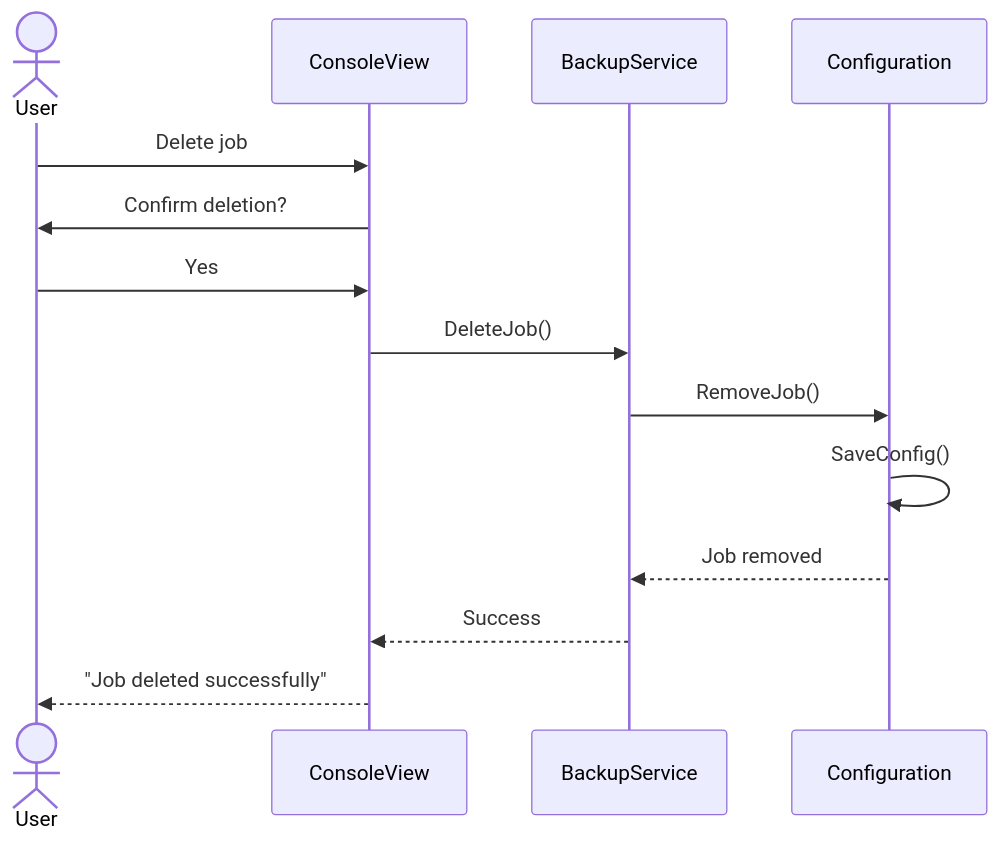
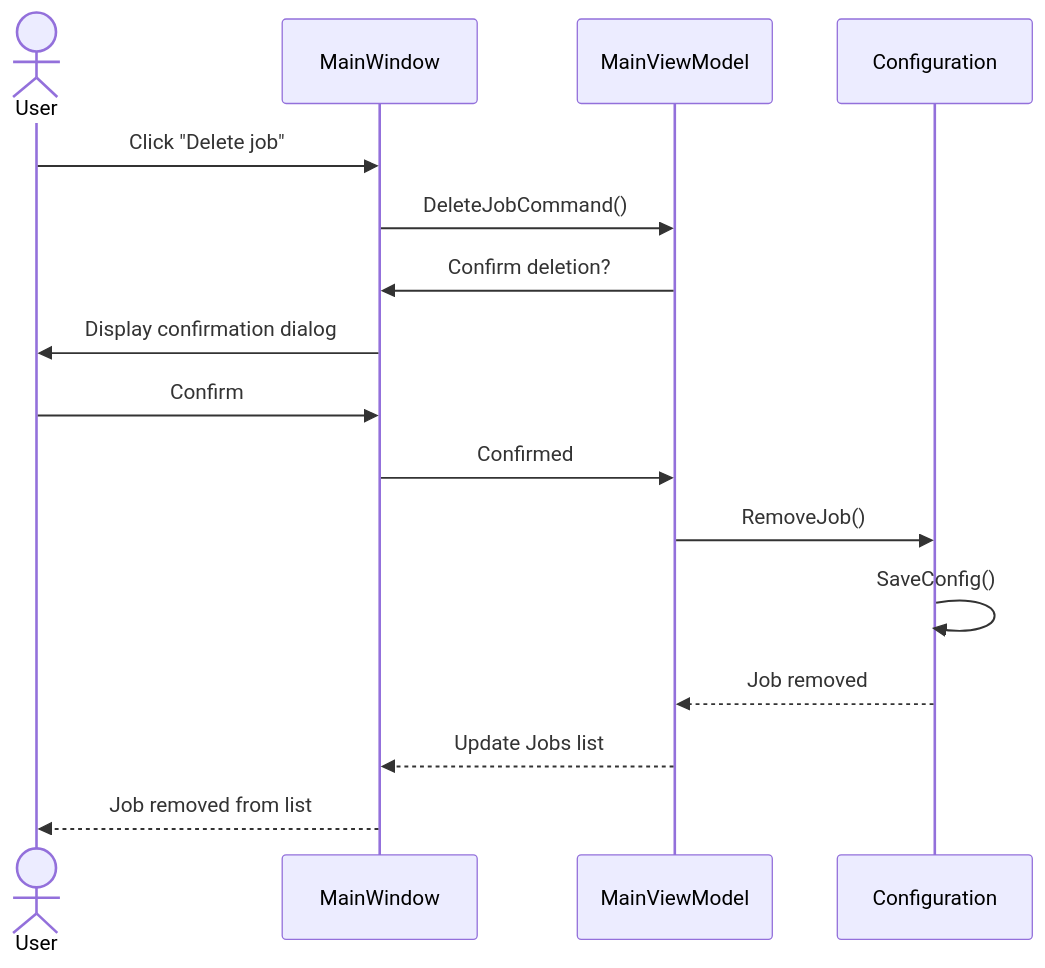
Before and after one commit to Groupe1-Prosoft/EasySave: the fifth of 8 diagrams in Diagrams/UML.md, drawn with Mermaid. The commit also changed other lines of this file, not shown here.

First line of the commit message:
Revise UML diagrams for EasySave 2.0

````diff
--- a/Diagrams/UML.md
+++ b/Diagrams/UML.md
@@ -262,19 +311,22 @@
 ```mermaid
    sequenceDiagram
     actor User
-    participant ConsoleView
-    participant BackupService
+    participant MainWindow
+    participant MainViewModel
     participant Configuration
 
-    User->>ConsoleView: Delete job
-    ConsoleView->>User: Confirm deletion?
-    User->>ConsoleView: Yes
+    User->>MainWindow: Click "Delete job"
+    MainWindow->>MainViewModel: DeleteJobCommand()
 
-    ConsoleView->>BackupService: DeleteJob()
-    BackupService->>Configuration: RemoveJob()
+    MainViewModel->>MainWindow: Confirm deletion?
+    MainWindow->>User: Display confirmation dialog
+    User->>MainWindow: Confirm
+
+    MainWindow->>MainViewModel: Confirmed
+    MainViewModel->>Configuration: RemoveJob()
     Configuration->>Configuration: SaveConfig()
-    Configuration-->>BackupService: Job removed
-    BackupService-->>ConsoleView: Success
+    Configuration-->>MainViewModel: Job removed
 
-    ConsoleView-->>User: "Job deleted successfully"  
+    MainViewModel-->>MainWindow: Update Jobs list
+    MainWindow-->>User: Job removed from list  
 ```
````
